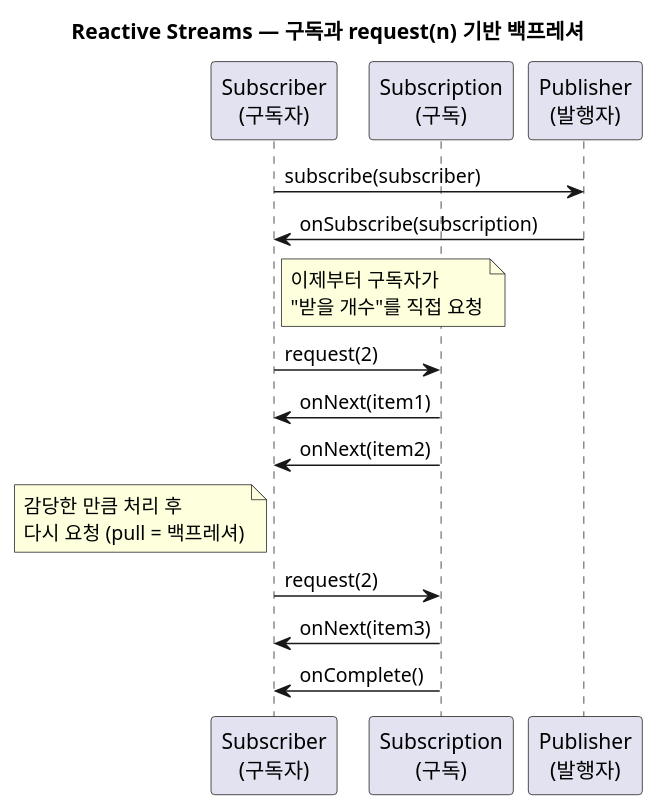
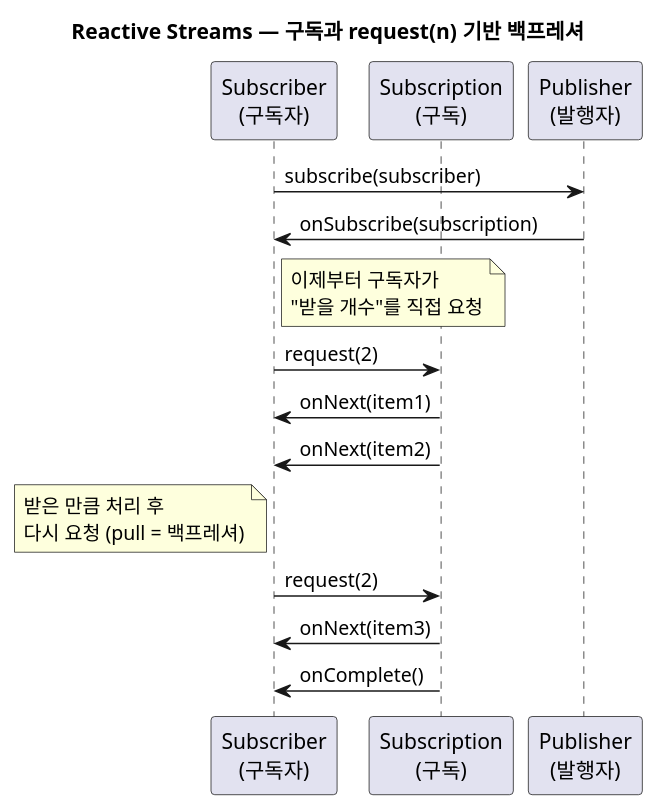
Before and after one commit to johnycho/johny-dev: the second of 4 diagrams in blog/2026-09-25-reactive-streams-spec.mdx, drawn with PlantUML. The commit also changed other lines of this file and 4 other files, not shown here.

````diff
--- a/blog/2026-09-25-reactive-streams-spec.mdx
+++ b/blog/2026-09-25-reactive-streams-spec.mdx
@@ -81,18 +81,18 @@
 ```plantuml
 @startuml
 title Reactive Streams — 구독과 request(n) 기반 백프레셔
 participant "Subscriber\n(구독자)" as S
 participant "Subscription\n(구독)" as Sub
 participant "Publisher\n(발행자)" as P
 S -> P : subscribe(subscriber)
 P -> S : onSubscribe(subscription)
 note right of S : 이제부터 구독자가\n"받을 개수"를 직접 요청
 S -> Sub : request(2)
 Sub -> S : onNext(item1)
 Sub -> S : onNext(item2)
-note left of S : 감당한 만큼 처리 후\n다시 요청 (pull = 백프레셔)
+note left of S : 받은 만큼 처리 후\n다시 요청 (pull = 백프레셔)
 S -> Sub : request(2)
 Sub -> S : onNext(item3)
 Sub -> S : onComplete()
 @enduml
 ```
````
